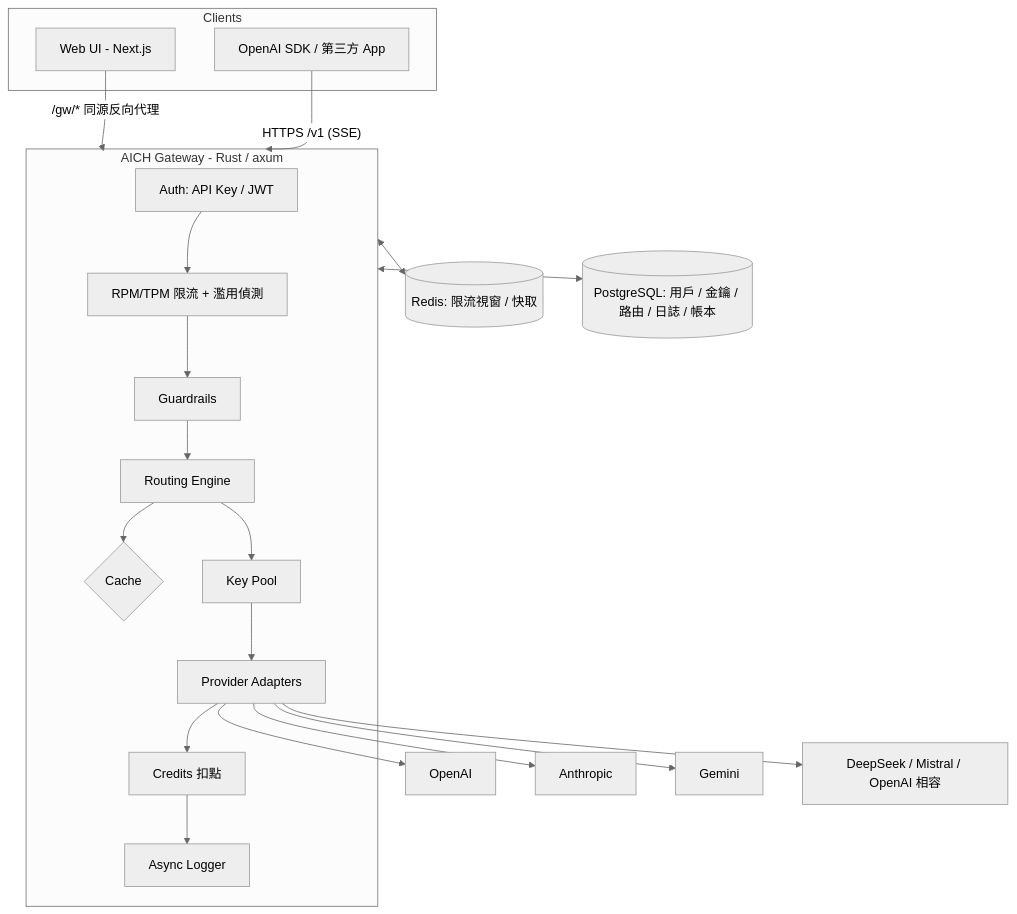
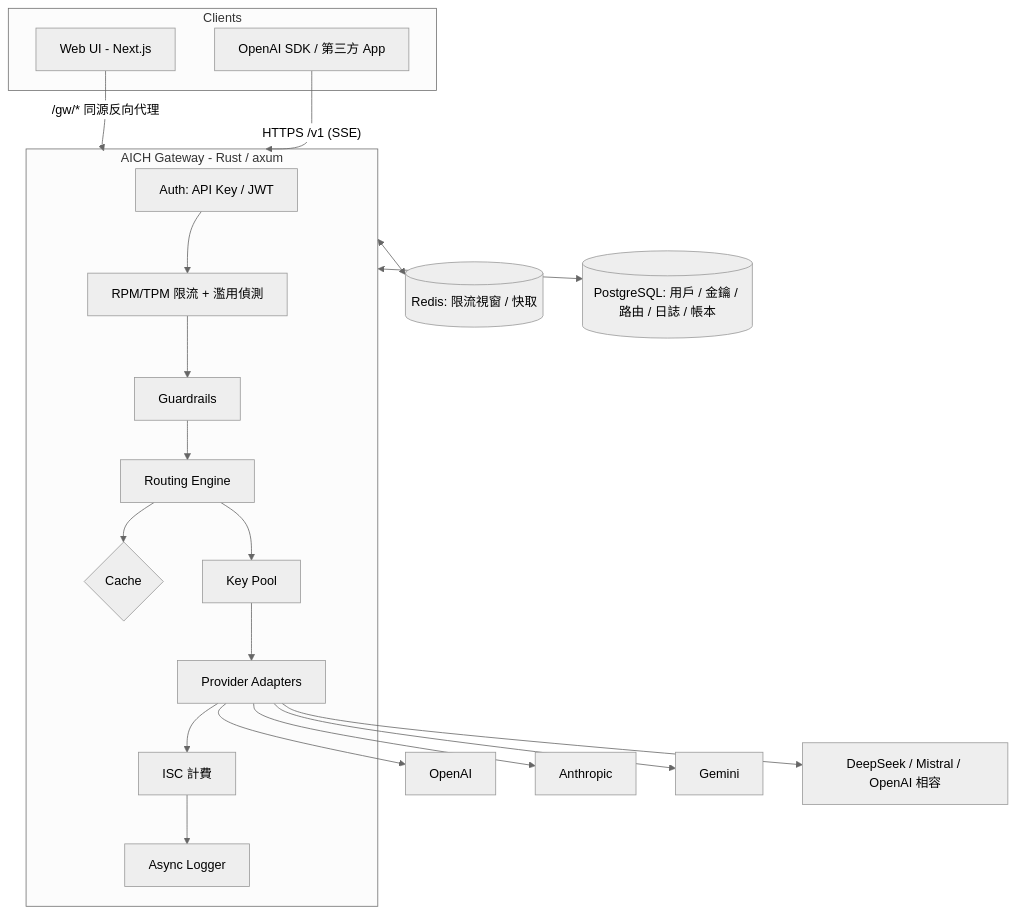
One commit to CAFECA-IO/AICH changed the first of 2 diagrams in docs/architecture.md. Above: the diagram before and after it, drawn with Mermaid (neutral theme). The commit also changed other lines of this file and 47 other files, not shown here.

````diff
--- a/docs/architecture.md
+++ b/docs/architecture.md
@@ -5,25 +5,25 @@
 ```mermaid
 flowchart TB
   subgraph Clients
     A[OpenAI SDK / 第三方 App]
     B[Web UI - Next.js]
   end
   B -- "/gw/* 同源反向代理" --> G
   A -- "HTTPS /v1 (SSE)" --> G
   subgraph G[AICH Gateway - Rust / axum]
     AU[Auth: API Key / JWT] --> RL[RPM/TPM 限流 + 濫用偵測]
     RL --> GR[Guardrails]
     GR --> RE[Routing Engine]
     RE --> CA{Cache}
     RE --> KP[Key Pool]
     KP --> AD[Provider Adapters]
-    AD --> BI[Credits 扣點]
+    AD --> BI[ISC 計費]
     BI --> LG[Async Logger]
   end
   AD --> O[OpenAI]
   AD --> AN[Anthropic]
   AD --> GE[Gemini]
   AD --> OC[DeepSeek / Mistral / OpenAI 相容]
   G <--> R[(Redis: 限流視窗 / 快取)]
   G <--> P[(PostgreSQL: 用戶 / 金鑰 / 路由 / 日誌 / 帳本)]
 ```
````
